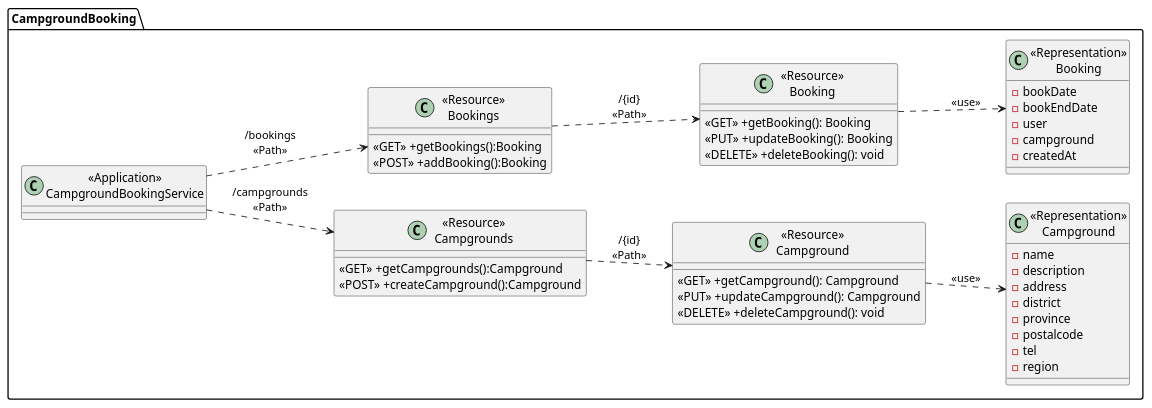
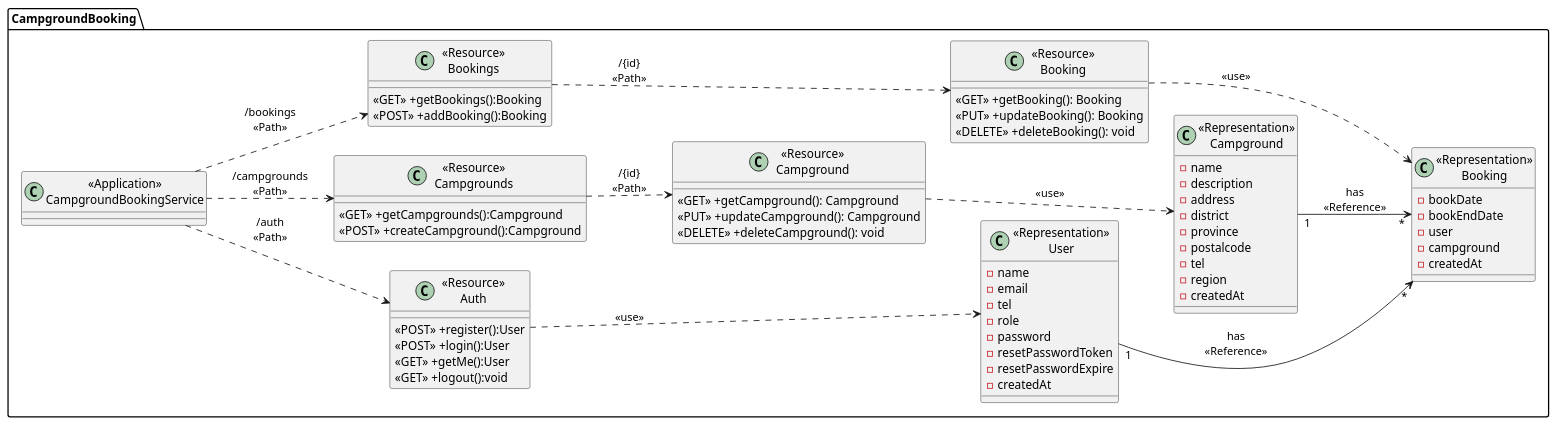
Before and after one commit to 2110503-CEDT68/be-project-68-backshot: the diagram in class.puml, drawn with PlantUML.

Commit message:
edited class.puml to contain user model

```diff
--- a/class.puml
+++ b/class.puml
@@ -1,56 +1,81 @@
 @startuml
 left to right direction
 package "CampgroundBooking"{
     class "<<Application>>\nCampgroundBookingService" as CampgroundBookingService{}
+
+    class "<<Resource>>\nAuth" as ResourceAuth{
+        <<POST>> +register():User
+        <<POST>> +login():User
+        <<GET>> +getMe():User
+        <<GET>> +logout():void
+    }
+
+    class "<<Representation>>\nUser" as RepresentationUser {
+        -name
+        -email
+        -tel
+        -role
+        -password
+        -resetPasswordToken
+        -resetPasswordExpire
+        -createdAt
+    }
 
     class "<<Resource>>\nCampgrounds" as ResourceCampgrounds{
         <<GET>> +getCampgrounds():Campground
         <<POST>> +createCampground():Campground
     }
 
     class "<<Resource>>\nCampground" as ResourceCampground {
         <<GET>> +getCampground(): Campground
         <<PUT>> +updateCampground(): Campground
         <<DELETE>> +deleteCampground(): void
     }
 
     class "<<Representation>>\nCampground" as RepresentationCampground {
         -name
         -description
         -address
         -district
         -province
         -postalcode
         -tel
         -region
+        -createdAt
     }
 
     class "<<Resource>>\nBookings" as ResourceBookings{
         <<GET>> +getBookings():Booking
         <<POST>> +addBooking():Booking
     }
 
     class "<<Resource>>\nBooking" as ResourceBooking {
         <<GET>> +getBooking(): Booking
         <<PUT>> +updateBooking(): Booking
         <<DELETE>> +deleteBooking(): void
     }
 
     class "<<Representation>>\nBooking" as RepresentationBooking {
         -bookDate
         -bookEndDate
         -user
         -campground
         -createdAt
     }
 }
 
+CampgroundBookingService ..> ResourceAuth:"/auth\n<<Path>>"
+ResourceAuth ..> RepresentationUser: "<<use>>"
+
 CampgroundBookingService ..> ResourceCampgrounds:"/campgrounds\n<<Path>>"
 ResourceCampgrounds ..> ResourceCampground: "/{id}\n<<Path>>"
 ResourceCampground ..> RepresentationCampground: "<<use>>"
 
 CampgroundBookingService ..> ResourceBookings:"/bookings\n<<Path>>"
 ResourceBookings ..> ResourceBooking: "/{id}\n<<Path>>"
 ResourceBooking ..> RepresentationBooking: "<<use>>"
 
+RepresentationUser "1" --> "*" RepresentationBooking: "has\n<<Reference>>"
+RepresentationCampground "1" --> "*" RepresentationBooking: "has\n<<Reference>>"
+
 @enduml
```
